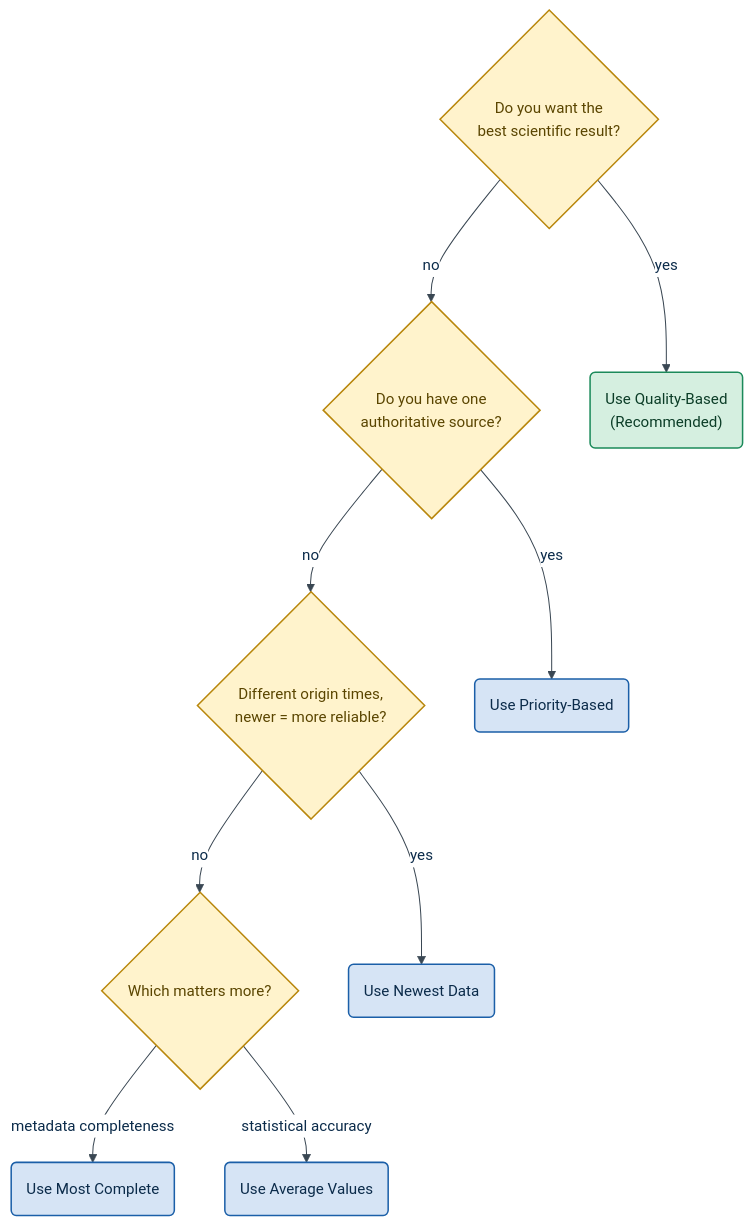
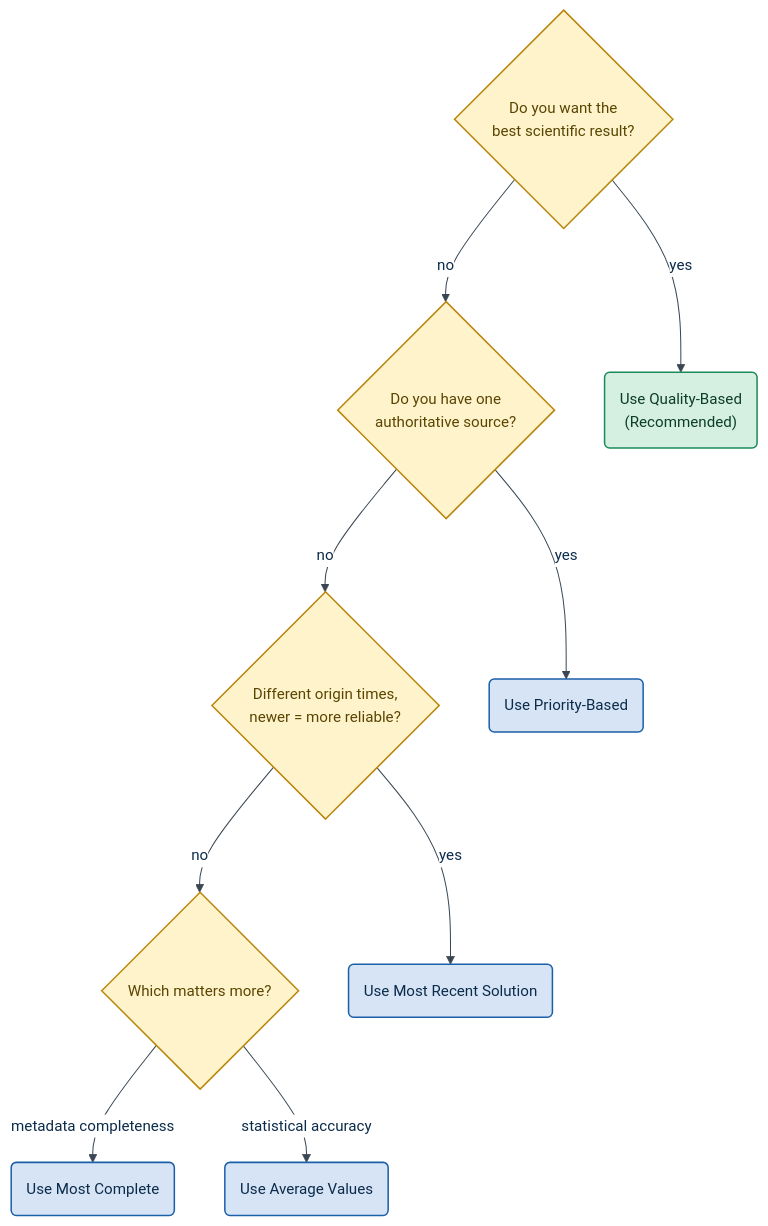
Before and after one commit to KennyGraham1/catalogofcatalogs: the second of 5 diagrams in docs/source/user-guide/merging-catalogues.rst, drawn with Mermaid. The commit also changed other lines of this file and 396 other files, not shown here.

```diff
--- a/docs/source/user-guide/merging-catalogues.rst
+++ b/docs/source/user-guide/merging-catalogues.rst
@@ -147,40 +159,40 @@
 .. mermaid::
    :align: center
 
    %%{init: {"theme":"base","themeVariables":{"fontFamily":"Inter, \"Helvetica Neue\", Arial, sans-serif","fontSize":"15px","lineColor":"#3A4753","primaryColor":"#D6E4F5","primaryBorderColor":"#1B5FA8","primaryTextColor":"#0B2B4A","secondaryColor":"#CFEAE6","tertiaryColor":"#FBEAD2","mainBkg":"#D6E4F5","nodeBorder":"#1B5FA8","clusterBkg":"#F7F9FC","clusterBorder":"#AEBED2","titleColor":"#0F3D6B","edgeLabelBackground":"#FFFFFF"}}}%%
    flowchart TD
        Start{"Do you want the<br/>best scientific result?"}
        Auth{"Do you have one<br/>authoritative source?"}
        Recent{"Different origin times,<br/>newer = more reliable?"}
        Matter{"Which matters more?"}
 
        Quality("Use Quality-Based<br/>(Recommended)")
        Priority("Use Priority-Based")
-       Newest("Use Newest Data")
+       Newest("Use Most Recent Solution")
        Complete("Use Most Complete")
        Average("Use Average Values")
 
        Start -->|"yes"| Quality
        Start -->|"no"| Auth
        Auth -->|"yes"| Priority
        Auth -->|"no"| Recent
        Recent -->|"yes"| Newest
        Recent -->|"no"| Matter
        Matter -->|"metadata completeness"| Complete
        Matter -->|"statistical accuracy"| Average
 
        class Start,Auth,Recent,Matter decision
        class Quality success
        class Priority,Newest,Complete,Average frontend
 
        classDef userAction fill:#E8EEF6,stroke:#0F3D6B,stroke-width:1.5px,color:#0B2B4A
        classDef frontend fill:#D6E4F5,stroke:#1B5FA8,stroke-width:1.5px,color:#0B2B4A
        classDef backend fill:#CFEAE6,stroke:#0E7C72,stroke-width:1.5px,color:#08423D
        classDef library fill:#FBEAD2,stroke:#9C6A12,stroke-width:1.5px,color:#5A3D06
        classDef datastore fill:#E3E7EB,stroke:#3A4753,stroke-width:1.5px,color:#1E2731
        classDef external fill:#EFDDEC,stroke:#8E3A82,stroke-width:1.5px,color:#4A1C43,stroke-dasharray:4 3
        classDef process fill:#FCEAD0,stroke:#D38B1E,stroke-width:1.5px,color:#5A3D06
        classDef decision fill:#FFF3CC,stroke:#B8860B,stroke-width:1.5px,color:#5A4500
        classDef success fill:#D5EFE0,stroke:#1B8A5A,stroke-width:1.5px,color:#0B3D27
        classDef warning fill:#FBE0DA,stroke:#C24A2B,stroke-width:1.5px,color:#5E1C0C
        classDef terminal fill:#1F2D3D,stroke:#0B1622,stroke-width:1.5px,color:#FFFFFF
```
